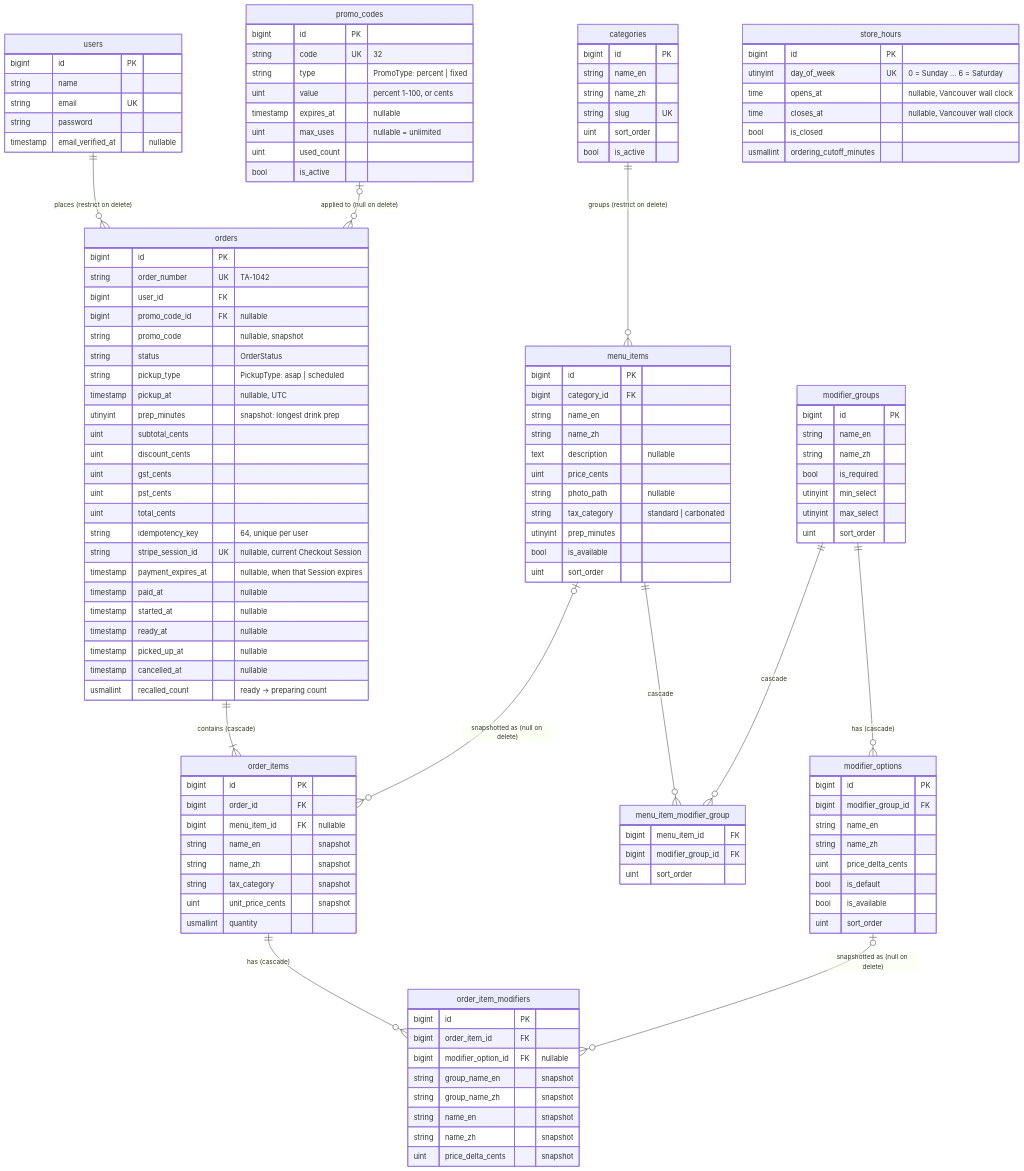
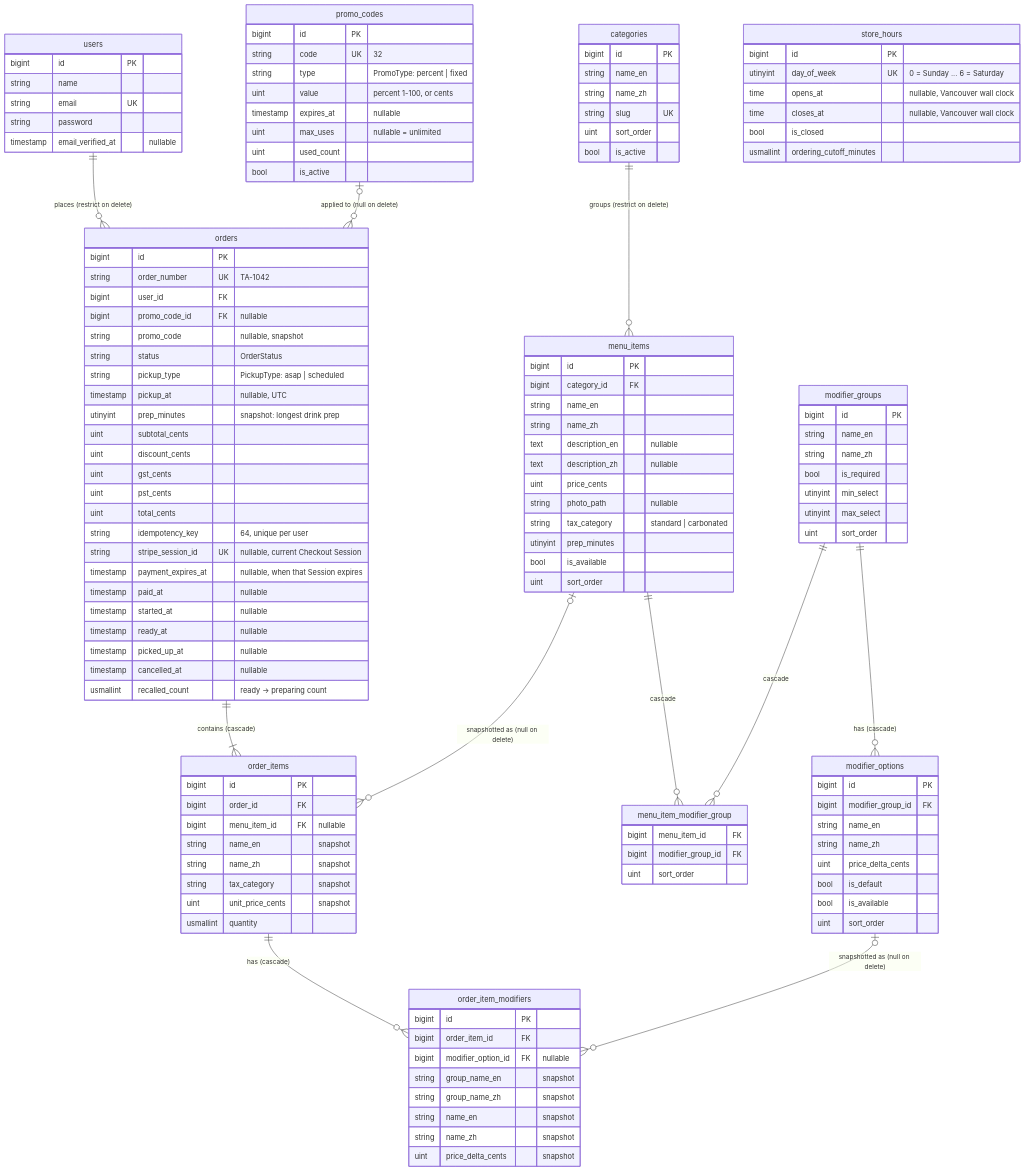
The diagram in docs/erd.md (Jacky1366/tea-alley), drawn with Mermaid before and after one commit. The commit also changed 11 other files, not shown here.

```diff
--- a/docs/erd.md
+++ b/docs/erd.md
@@ -38,7 +38,8 @@
         bigint category_id FK
         string name_en
         string name_zh
-        text description "nullable"
+        text description_en "nullable"
+        text description_zh "nullable"
         uint price_cents
         string photo_path "nullable"
         string tax_category "standard | carbonated"
```
